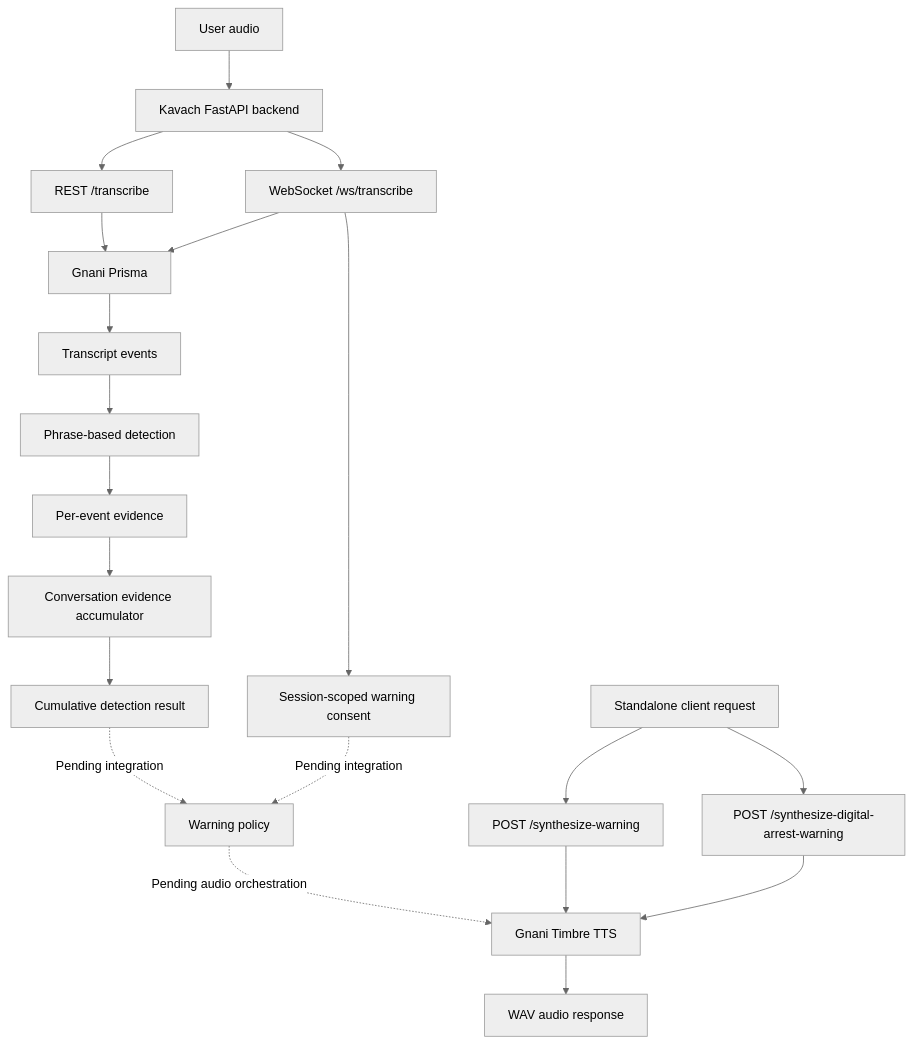
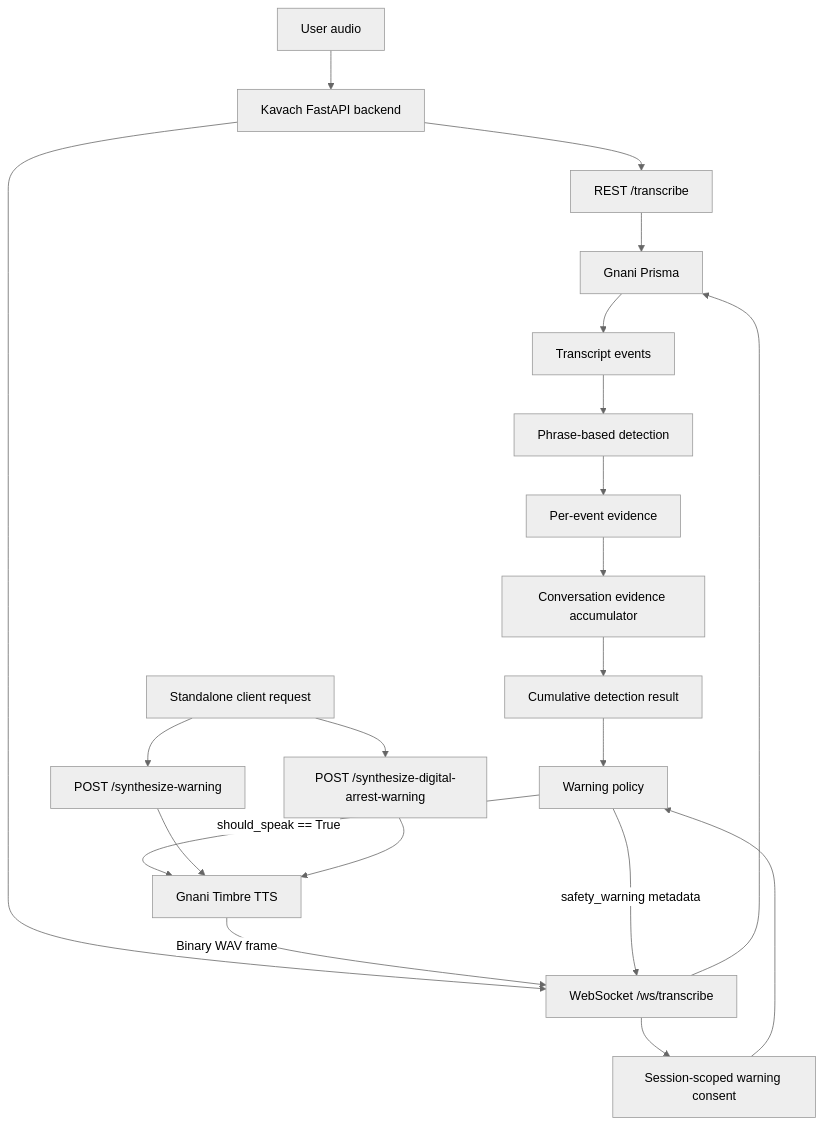
Before and after one commit to SURAJ-PRATAP07/Kavach_: the diagram in ARCHITECTURE.md, drawn with Mermaid (neutral theme). The commit also changed other lines of this file and 6 other files, not shown here.

````diff
--- a/ARCHITECTURE.md
+++ b/ARCHITECTURE.md
@@ -34,25 +34,26 @@
 ```mermaid
 flowchart TD
     A[User audio] --> B[Kavach FastAPI backend]
     B --> C[REST /transcribe]
     B --> D[WebSocket /ws/transcribe]
     C --> E[Gnani Prisma]
     D --> E
     E --> F[Transcript events]
 
     F --> G[Phrase-based detection]
     G --> H[Per-event evidence]
     H --> I[Conversation evidence accumulator]
     I --> J[Cumulative detection result]
 
     D --> K[Session-scoped warning consent]
-    J -. Pending integration .-> L[Warning policy]
-    K -. Pending integration .-> L
-    L -. Pending audio orchestration .-> M[Gnani Timbre TTS]
-    M --> N[WAV audio response]
+    J --> L[Warning policy]
+    K --> L
+    L -->|should_speak == True| M[Gnani Timbre TTS]
+    M -->|Binary WAV frame| D
+    L -->|safety_warning metadata| D
 
     O[Standalone client request] --> P1[POST /synthesize-warning]
     O --> P2[POST /synthesize-digital-arrest-warning]
     P1 --> M
     P2 --> M
 ```
````
